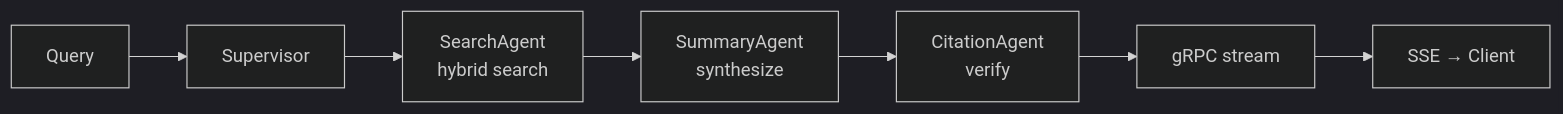
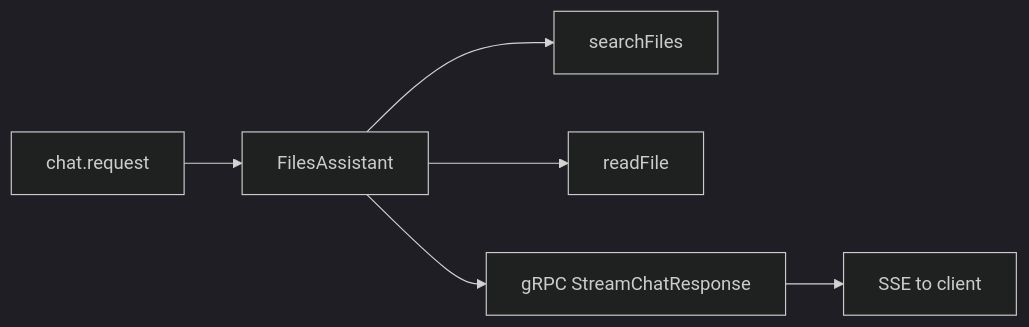
One commit to JackTran15/files-assistant-system changed the third of 3 diagrams in README.md. Above: the diagram before and after it, drawn with Mermaid (dark theme). The commit also changed other lines of this file and 82 other files, not shown here.

````diff
--- a/README.md
+++ b/README.md
@@ -450,9 +420,8 @@
 ```mermaid
 flowchart LR
-    A[Query] --> B[Supervisor]
-    B --> C[SearchAgent<br/>hybrid search]
-    C --> D[SummaryAgent<br/>synthesize]
-    D --> E[CitationAgent<br/>verify]
-    E --> F[gRPC stream]
-    F --> G[SSE → Client]
+    Q[chat.request] --> A[FilesAssistant]
+    A --> T1[searchFiles]
+    A --> T2[readFile]
+    A --> G[gRPC StreamChatResponse]
+    G --> S[SSE to client]
 ```
````
